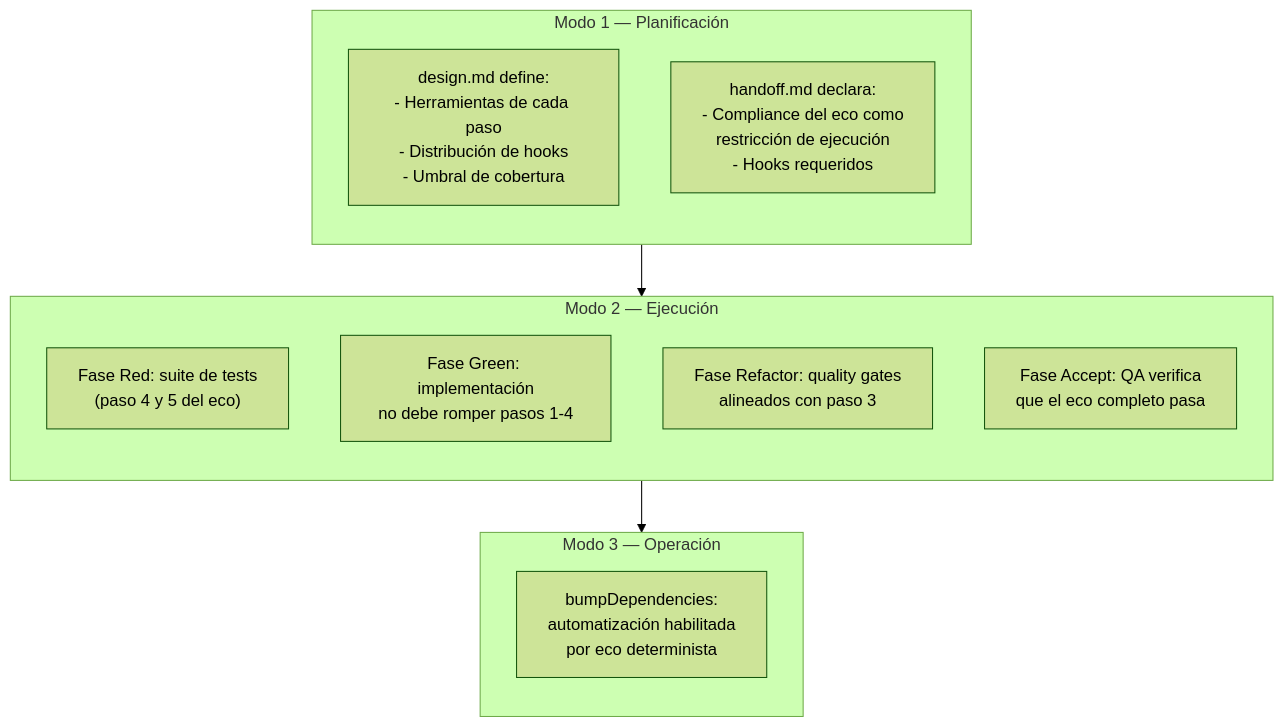
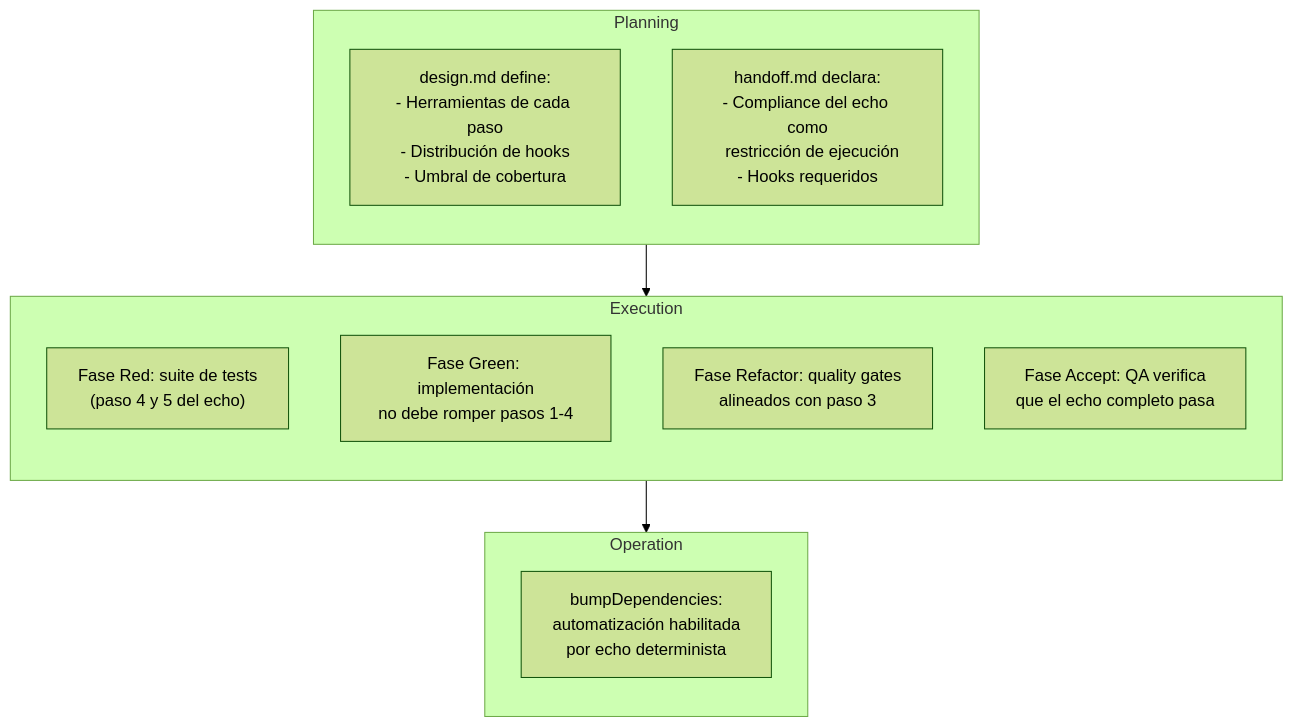
One commit to virgenherrera/idea-to-mvp changed the fourth of 5 diagrams in docs/echo-system.md. Above: the diagram before and after it, drawn with Mermaid (forest theme). The commit also changed other lines of this file and 30 other files, not shown here.

````diff
--- a/docs/echo-system.md
+++ b/docs/echo-system.md
@@ -265,23 +286,23 @@
 ```mermaid
 flowchart TD
-    subgraph MODE1["Modo 1 — Planificación"]
+    subgraph MODE1["Planning"]
         direction TB
         M1_DESIGN["design.md define:\n- Herramientas de cada paso\n- Distribución de hooks\n- Umbral de cobertura"]
-        M1_HANDOFF["handoff.md declara:\n- Compliance del eco como\n  restricción de ejecución\n- Hooks requeridos"]
+        M1_HANDOFF["handoff.md declara:\n- Compliance del echo como\n  restricción de ejecución\n- Hooks requeridos"]
     end
 
-    subgraph MODE2["Modo 2 — Ejecución"]
+    subgraph MODE2["Execution"]
         direction TB
-        M2_RED["Fase Red: suite de tests\n(paso 4 y 5 del eco)"]
+        M2_RED["Fase Red: suite de tests\n(paso 4 y 5 del echo)"]
         M2_GREEN["Fase Green: implementación\nno debe romper pasos 1-4"]
         M2_REFACTOR["Fase Refactor: quality gates\nalineados con paso 3"]
-        M2_ACCEPT["Fase Accept: QA verifica\nque el eco completo pasa"]
+        M2_ACCEPT["Fase Accept: QA verifica\nque el echo completo pasa"]
     end
 
-    subgraph MODE3["Modo 3 — Operación"]
+    subgraph MODE3["Operation"]
         direction TB
-        M3_BUMP["bumpDependencies:\nautomatización habilitada\npor eco determinista"]
+        M3_BUMP["bumpDependencies:\nautomatización habilitada\npor echo determinista"]
     end
 
     MODE1 --> MODE2 --> MODE3
 ```
````
